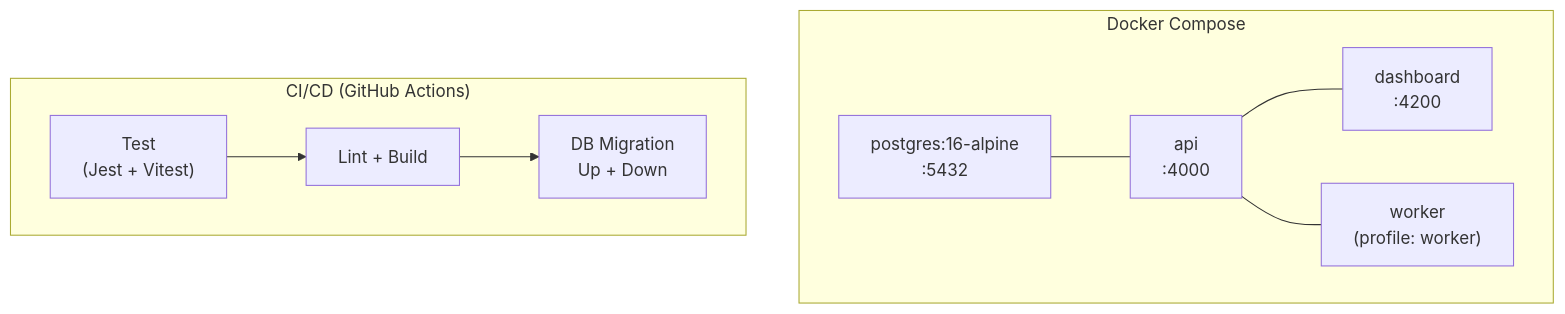
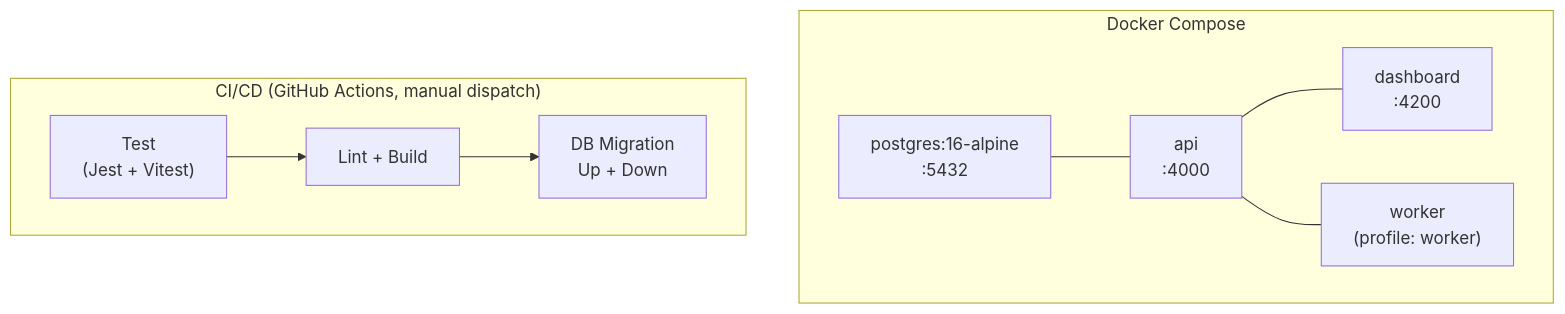
Before and after one commit to jj-shen99/uxperf: the ninth of 9 diagrams in docs/ARCHITECTURE.md, drawn with Mermaid. The commit also changed other lines of this file and 10 other files, not shown here.

First line of the commit message:
feat: gates evaluate endpoint, forecast fix, Knowledge tabs, CI manual dispatch

````diff
--- a/docs/ARCHITECTURE.md
+++ b/docs/ARCHITECTURE.md
@@ -570,21 +571,21 @@
 ```mermaid
 graph TB
     subgraph "Docker Compose"
         PG["postgres:16-alpine<br/>:5432"]
         API["api<br/>:4000"]
         Dash["dashboard<br/>:4200"]
         Worker["worker<br/>(profile: worker)"]
     end
 
     PG --- API
     API --- Dash
     API --- Worker
 
-    subgraph "CI/CD (GitHub Actions)"
+    subgraph "CI/CD (GitHub Actions, manual dispatch)"
         Test["Test<br/>(Jest + Vitest)"]
         Lint["Lint + Build"]
         DBTest["DB Migration<br/>Up + Down"]
     end
 
     Test --> Lint --> DBTest
 ```
````
